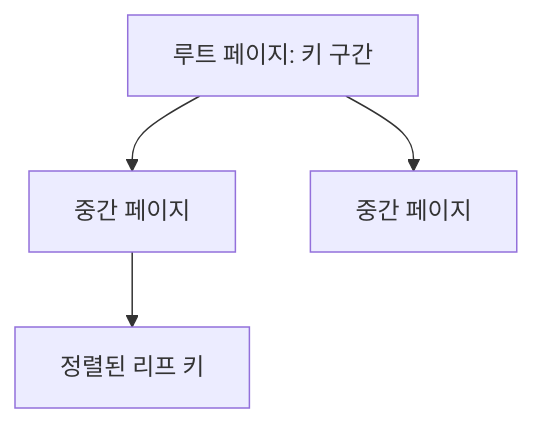
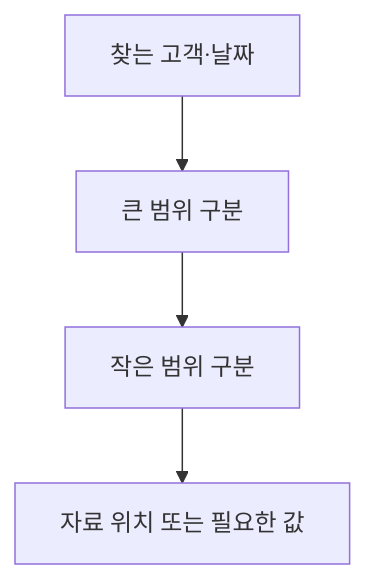
One commit to moocongpapa/it-study changed the diagram in content/topics/btree-indexes.md. Above: the diagram before and after it, drawn with Mermaid. The commit also changed other lines of this file and 71 other files, not shown here.

````diff
--- a/content/topics/btree-indexes.md
+++ b/content/topics/btree-indexes.md
@@ -6,6 +20,4 @@
 ```mermaid
 flowchart TD
-  R["루트 페이지: 키 구간"] --> A["중간 페이지"]
-  R --> B["중간 페이지"]
-  A --> L["정렬된 리프 키"]
+ A["찾는 고객·날짜"] --> B["큰 범위 구분"] --> C["작은 범위 구분"] --> D["자료 위치 또는 필요한 값"]
 ```
````
